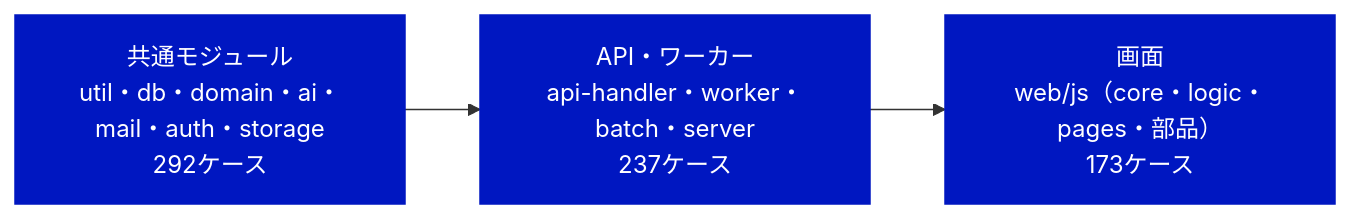
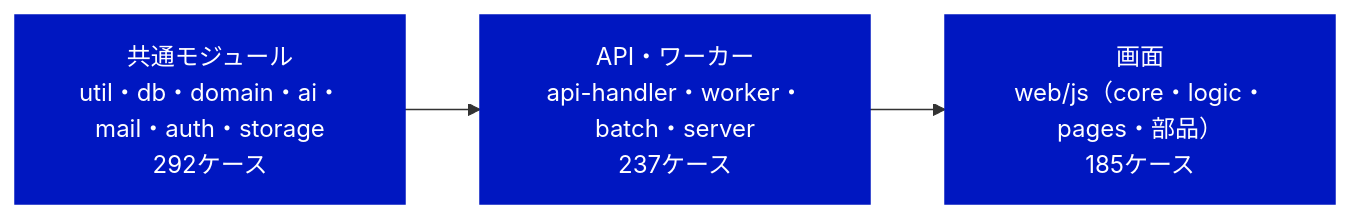
The first of 3 diagrams in documents/モジュールテスト結果報告書_RPG学習アプリ.md (pocarialice/rpglearning), drawn with Mermaid before and after one commit. The commit also changed other lines of this file and 1 other file, not shown here.

````diff
--- a/documents/モジュールテスト結果報告書_RPG学習アプリ.md
+++ b/documents/モジュールテスト結果報告書_RPG学習アプリ.md
@@ -23,7 +23,7 @@
 ```mermaid
 flowchart LR
   A["共通モジュール<br>util・db・domain・ai・mail・auth・storage<br>292ケース"]:::done --> B["API・ワーカー<br>api-handler・worker・batch・server<br>237ケース"]:::done
-  B --> C["画面<br>web/js（core・logic・pages・部品）<br>173ケース"]:::done
+  B --> C["画面<br>web/js（core・logic・pages・部品）<br>185ケース"]:::done
   classDef done fill:#0017C1,color:#fff,stroke:#0017C1
   classDef todo fill:#fff,color:#414141,stroke:#B4B4B4,stroke-dasharray:4 3
 ```
````
